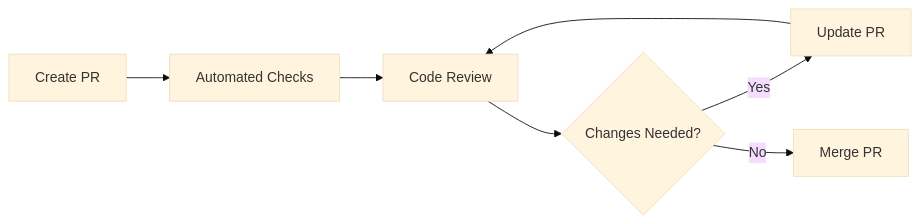
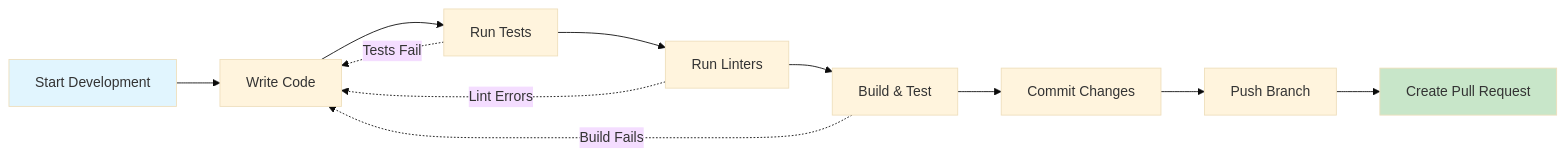
One commit to flamingo-stack/openframe-cli changed the first of 3 diagrams in docs/development/contributing/guidelines.md. Above: the diagram before and after it, drawn with Mermaid (base theme). The commit also changed other lines of this file and 51 other files, not shown here.

````diff
--- a/docs/development/contributing/guidelines.md
+++ b/docs/development/contributing/guidelines.md
@@ -299,9 +69,17 @@
 ```mermaid
-graph LR
-    PR[Create PR] --> Auto[Automated Checks]
-    Auto --> Review[Code Review]
-    Review --> Changes{Changes Needed?}
-    Changes -->|Yes| Update[Update PR]
-    Update --> Review
-    Changes -->|No| Merge[Merge PR]
+flowchart LR
+    START[Start Development] --> WRITE[Write Code]
+    WRITE --> TEST[Run Tests]
+    TEST --> LINT[Run Linters]
+    LINT --> BUILD[Build & Test]
+    BUILD --> COMMIT[Commit Changes]
+    COMMIT --> PUSH[Push Branch]
+    PUSH --> PR[Create Pull Request]
+    
+    TEST -.->|Tests Fail| WRITE
+    LINT -.->|Lint Errors| WRITE
+    BUILD -.->|Build Fails| WRITE
+    
+    style START fill:#e1f5fe
+    style PR fill:#c8e6c9
 ```
````
